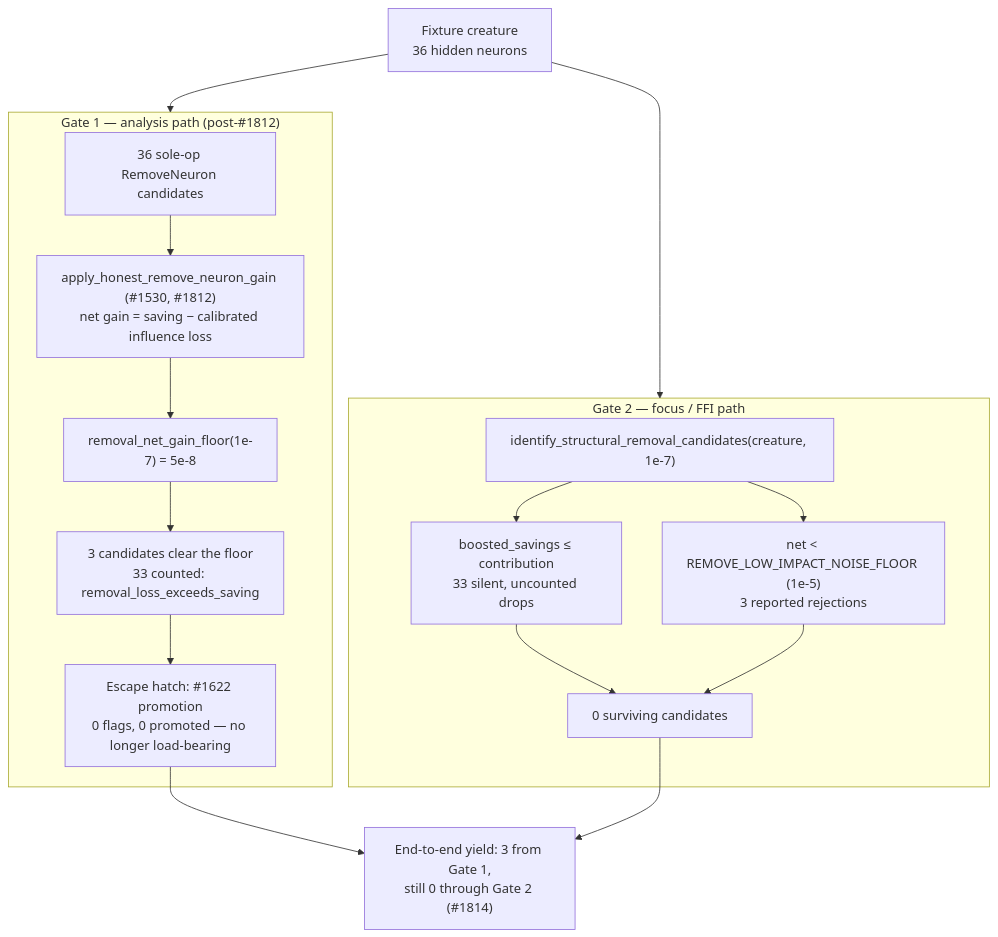
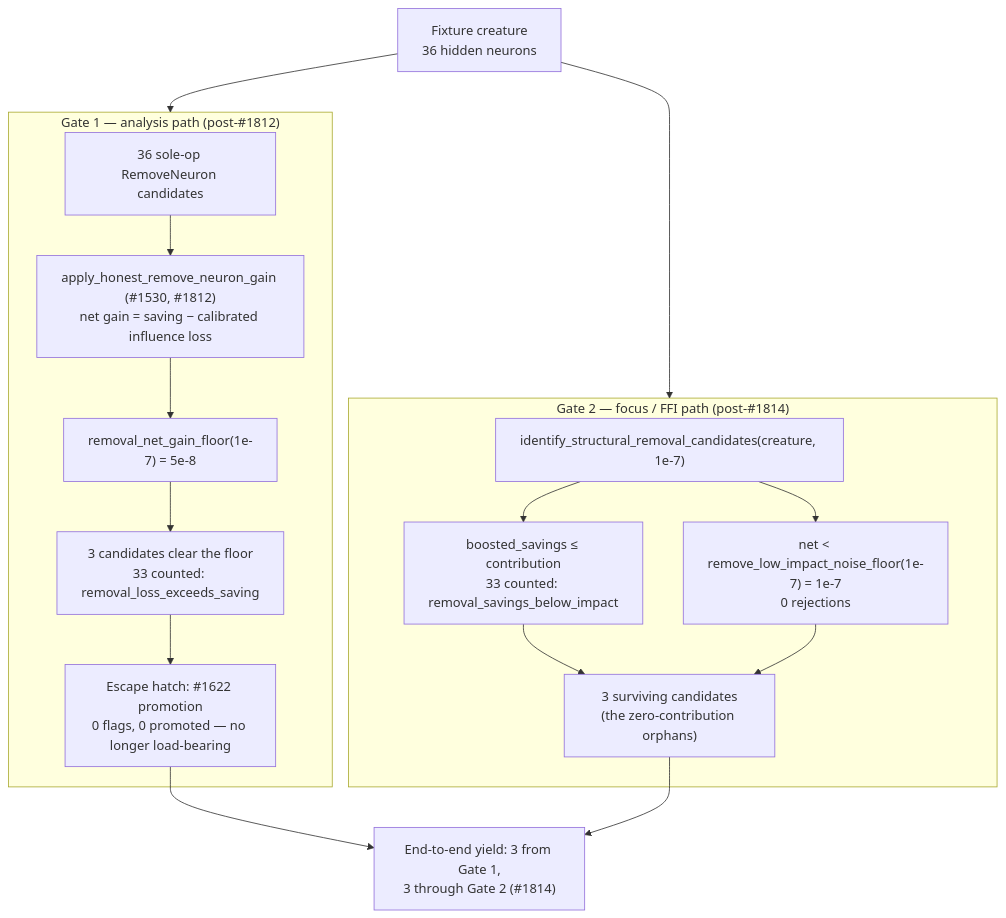
One commit to stSoftwareAU/NEAT-AI-Discovery changed the first of 2 diagrams in docs/analysis/remove-neuron-reachability-1785.md. Above: the diagram before and after it, drawn with Mermaid. The commit also changed other lines of this file and 12 other files, not shown here.

First line of the commit message:
Denominate Gate 2's noise floor in costOfGrowth (Issue #1814)

````diff
--- a/docs/analysis/remove-neuron-reachability-1785.md
+++ b/docs/analysis/remove-neuron-reachability-1785.md
@@ -36,19 +36,19 @@
 ```mermaid
 flowchart TD
     C["Fixture creature<br/>36 hidden neurons"] --> G1
     C --> G2
     subgraph G1["Gate 1 — analysis path (post-#1812)"]
         A1["36 sole-op RemoveNeuron candidates"] --> A2["apply_honest_remove_neuron_gain (#1530, #1812)<br/>net gain = saving − calibrated influence loss"]
         A2 --> A3["removal_net_gain_floor(1e-7) = 5e-8"]
         A3 --> A4["3 candidates clear the floor<br/>33 counted: removal_loss_exceeds_saving"]
         A4 --> A5["Escape hatch: #1622 promotion<br/>0 flags, 0 promoted — no longer load-bearing"]
     end
-    subgraph G2["Gate 2 — focus / FFI path"]
-        B1["identify_structural_removal_candidates(creature, 1e-7)"] --> B2["boosted_savings ≤ contribution<br/>33 silent, uncounted drops"]
-        B1 --> B3["net &lt; REMOVE_LOW_IMPACT_NOISE_FLOOR (1e-5)<br/>3 reported rejections"]
-        B2 --> B4["0 surviving candidates"]
+    subgraph G2["Gate 2 — focus / FFI path (post-#1814)"]
+        B1["identify_structural_removal_candidates(creature, 1e-7)"] --> B2["boosted_savings ≤ contribution<br/>33 counted: removal_savings_below_impact"]
+        B1 --> B3["net &lt; remove_low_impact_noise_floor(1e-7) = 1e-7<br/>0 rejections"]
+        B2 --> B4["3 surviving candidates<br/>(the zero-contribution orphans)"]
         B3 --> B4
     end
-    A5 --> Z["End-to-end yield: 3 from Gate 1,<br/>still 0 through Gate 2 (#1814)"]
+    A5 --> Z["End-to-end yield: 3 from Gate 1,<br/>3 through Gate 2 (#1814)"]
     B4 --> Z
 ```
````
